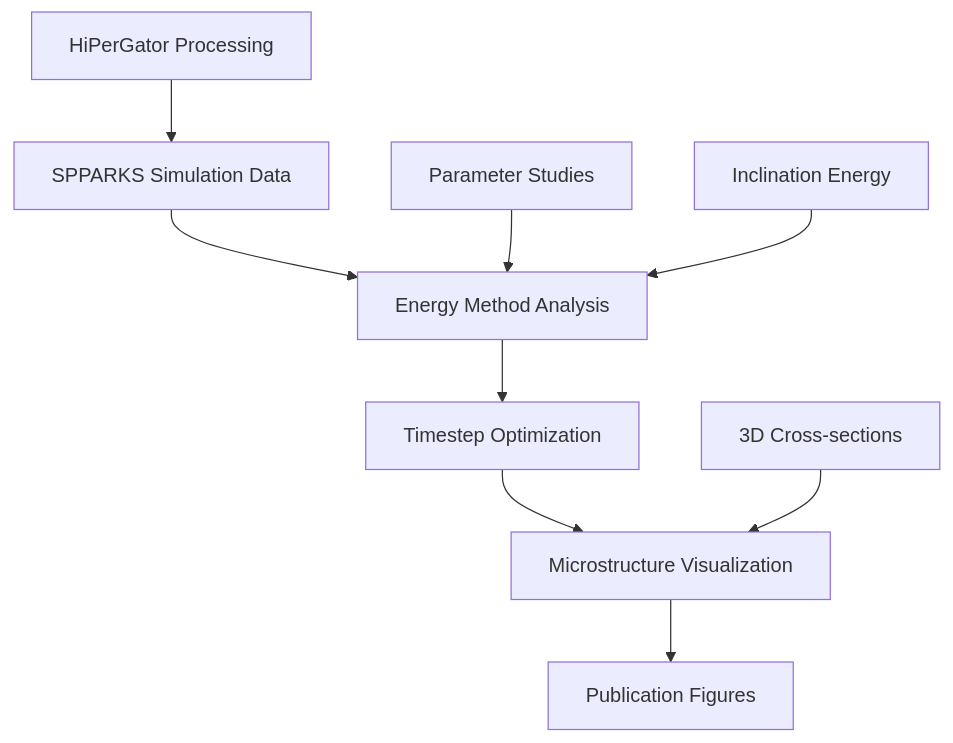
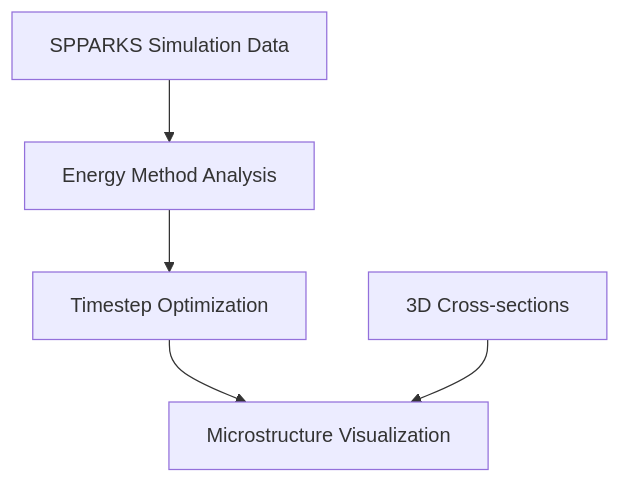
Before and after one commit to Linwitness/VECTOR: the diagram in examples/microstructure/README.md, drawn with Mermaid. The commit also changed other lines of this file and 8 other files, not shown here.

````diff
--- a/examples/microstructure/README.md
+++ b/examples/microstructure/README.md
@@ -27,12 +27,8 @@
 ```mermaid
 graph TD
     A[SPPARKS Simulation Data] --> B[Energy Method Analysis]
     B --> C[Timestep Optimization]
     C --> D[Microstructure Visualization]
-    D --> E[Publication Figures]
     
-    F[Parameter Studies] --> B
-    G[HiPerGator Processing] --> A
     H[3D Cross-sections] --> D
-    I[Inclination Energy] --> B
 ```
````
